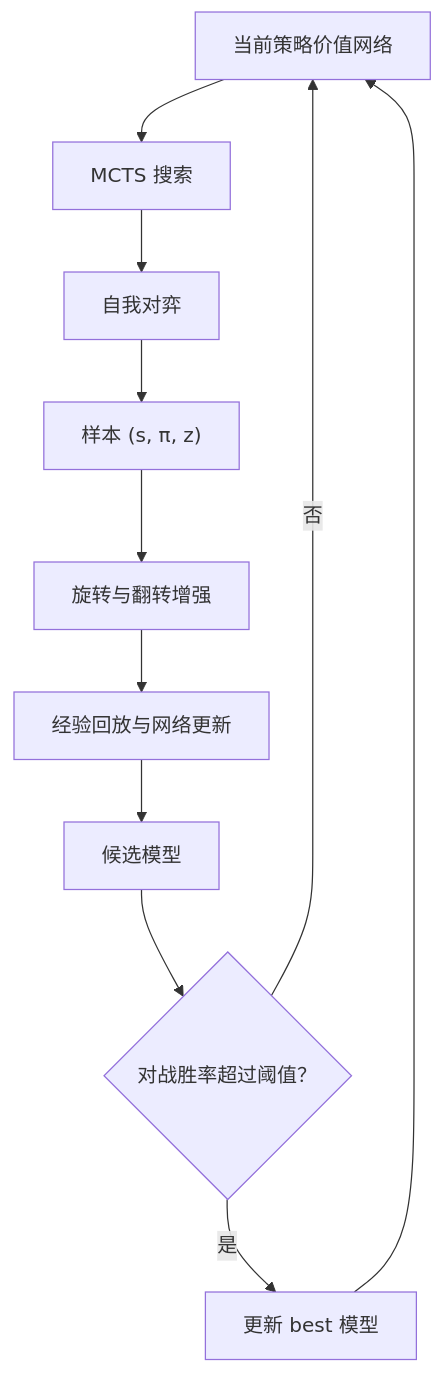
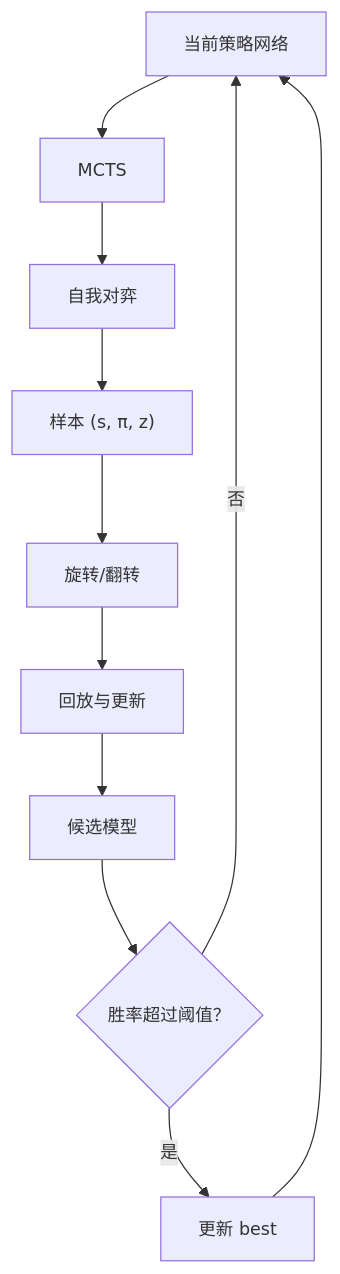
The diagram in README.md (Accelerator-xm/AlphaZero-Gomoku), drawn with Mermaid before and after one commit. The commit also changed other lines of this file and 10 other files, not shown here.

````diff
--- a/README.md
+++ b/README.md
@@ -29,13 +31,14 @@
 ```mermaid
-flowchart 
-    A["当前策略价值网络"] --> B["MCTS 搜索"]
+%%{init: {'flowchart': {'useMaxWidth': false}, 'themeVariables': {'fontSize': '14px'}}}%%
+flowchart TD
+    A["当前策略网络"] --> B["MCTS"]
     B --> C["自我对弈"]
     C --> D["样本 (s, π, z)"]
-    D --> E["旋转与翻转增强"]
-    E --> F["经验回放与网络更新"]
+    D --> E["旋转/翻转"]
+    E --> F["回放与更新"]
     F --> G["候选模型"]
-    G --> H{"对战胜率超过阈值？"}
-    H -- 是 --> I["更新 best 模型"]
+    G --> H{"胜率超过阈值？"}
+    H -- 是 --> I["更新 best"]
     H -- 否 --> A
     I --> A
 ```
````
